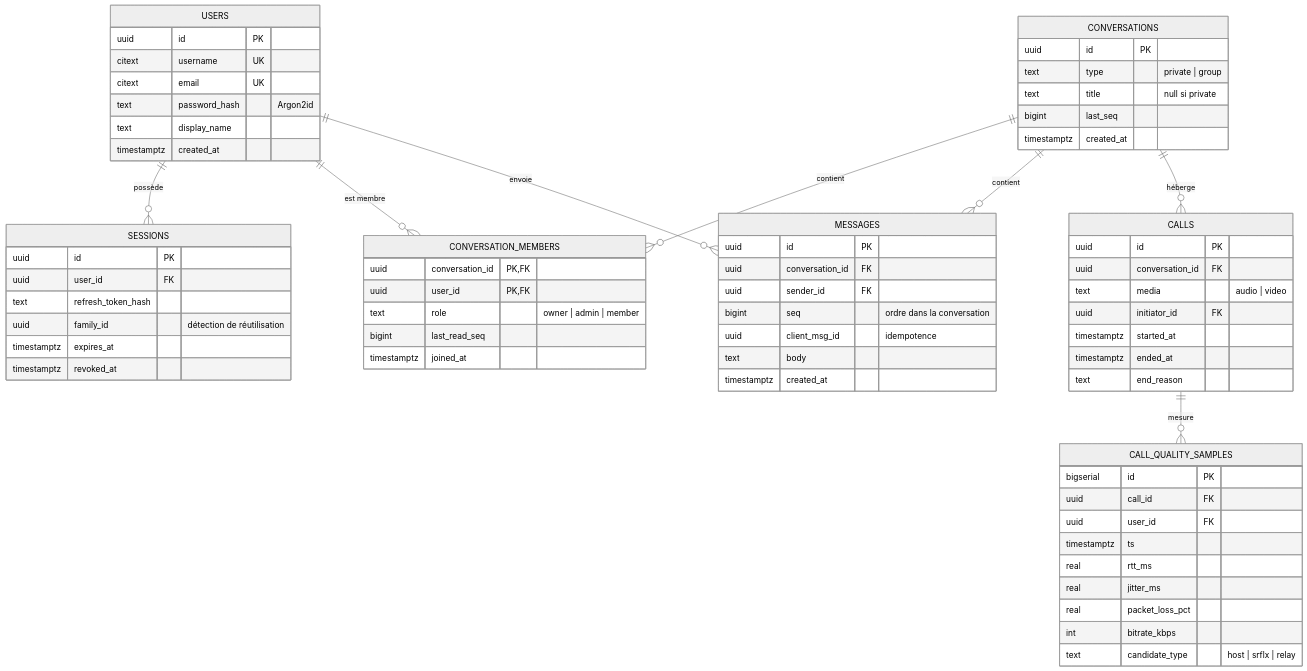
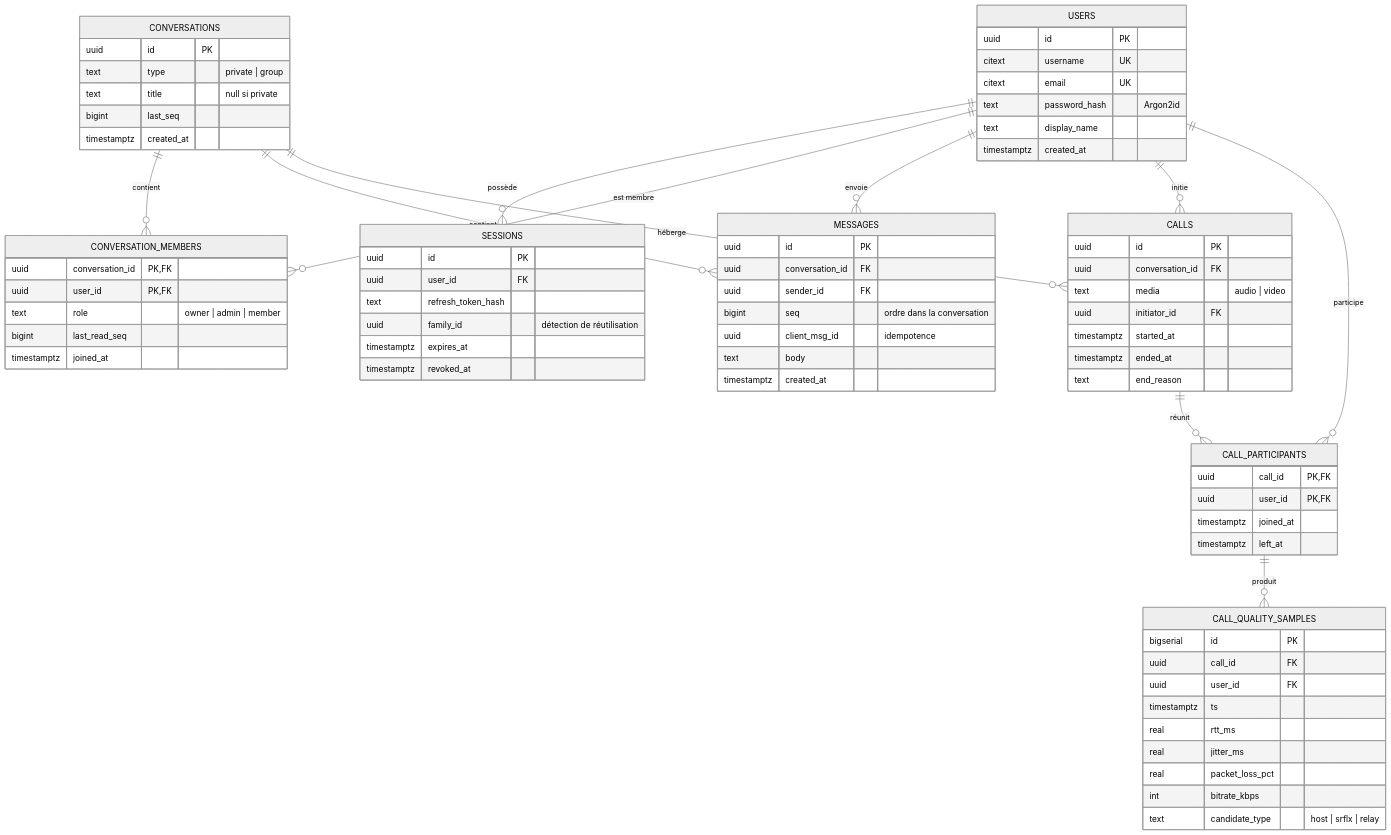
Before and after one commit to tomriquier2004-dev/chatisen: the second of 6 diagrams in docs/architecture.md, drawn with Mermaid (neutral theme). The commit also changed other lines of this file, not shown here.

Commit message:
docs(appels): specify call quality authorization and limits

````diff
--- a/docs/architecture.md
+++ b/docs/architecture.md
@@ -107,70 +107,79 @@
 ```mermaid
 erDiagram
     USERS ||--o{ SESSIONS : "possède"
     USERS ||--o{ CONVERSATION_MEMBERS : "est membre"
     CONVERSATIONS ||--o{ CONVERSATION_MEMBERS : "contient"
     CONVERSATIONS ||--o{ MESSAGES : "contient"
     USERS ||--o{ MESSAGES : "envoie"
     CONVERSATIONS ||--o{ CALLS : "héberge"
-    CALLS ||--o{ CALL_QUALITY_SAMPLES : "mesure"
+    USERS ||--o{ CALLS : "initie"
+    CALLS ||--o{ CALL_PARTICIPANTS : "réunit"
+    USERS ||--o{ CALL_PARTICIPANTS : "participe"
+    CALL_PARTICIPANTS ||--o{ CALL_QUALITY_SAMPLES : "produit"
 
     USERS {
         uuid id PK
         citext username UK
         citext email UK
         text password_hash "Argon2id"
         text display_name
         timestamptz created_at
     }
     SESSIONS {
         uuid id PK
         uuid user_id FK
         text refresh_token_hash
         uuid family_id "détection de réutilisation"
         timestamptz expires_at
         timestamptz revoked_at
     }
     CONVERSATIONS {
         uuid id PK
         text type "private | group"
         text title "null si private"
         bigint last_seq
         timestamptz created_at
     }
     CONVERSATION_MEMBERS {
         uuid conversation_id PK, FK
         uuid user_id PK, FK
         text role "owner | admin | member"
         bigint last_read_seq
         timestamptz joined_at
     }
     MESSAGES {
         uuid id PK
         uuid conversation_id FK
         uuid sender_id FK
         bigint seq "ordre dans la conversation"
         uuid client_msg_id "idempotence"
         text body
         timestamptz created_at
     }
     CALLS {
         uuid id PK
         uuid conversation_id FK
         text media "audio | video"
         uuid initiator_id FK
         timestamptz started_at
         timestamptz ended_at
         text end_reason
     }
+    CALL_PARTICIPANTS {
+        uuid call_id PK, FK
+        uuid user_id PK, FK
+        timestamptz joined_at
+        timestamptz left_at
+    }
     CALL_QUALITY_SAMPLES {
         bigserial id PK
         uuid call_id FK
         uuid user_id FK
         timestamptz ts
         real rtt_ms
         real jitter_ms
         real packet_loss_pct
         int bitrate_kbps
         text candidate_type "host | srflx | relay"
     }
 ```
````
